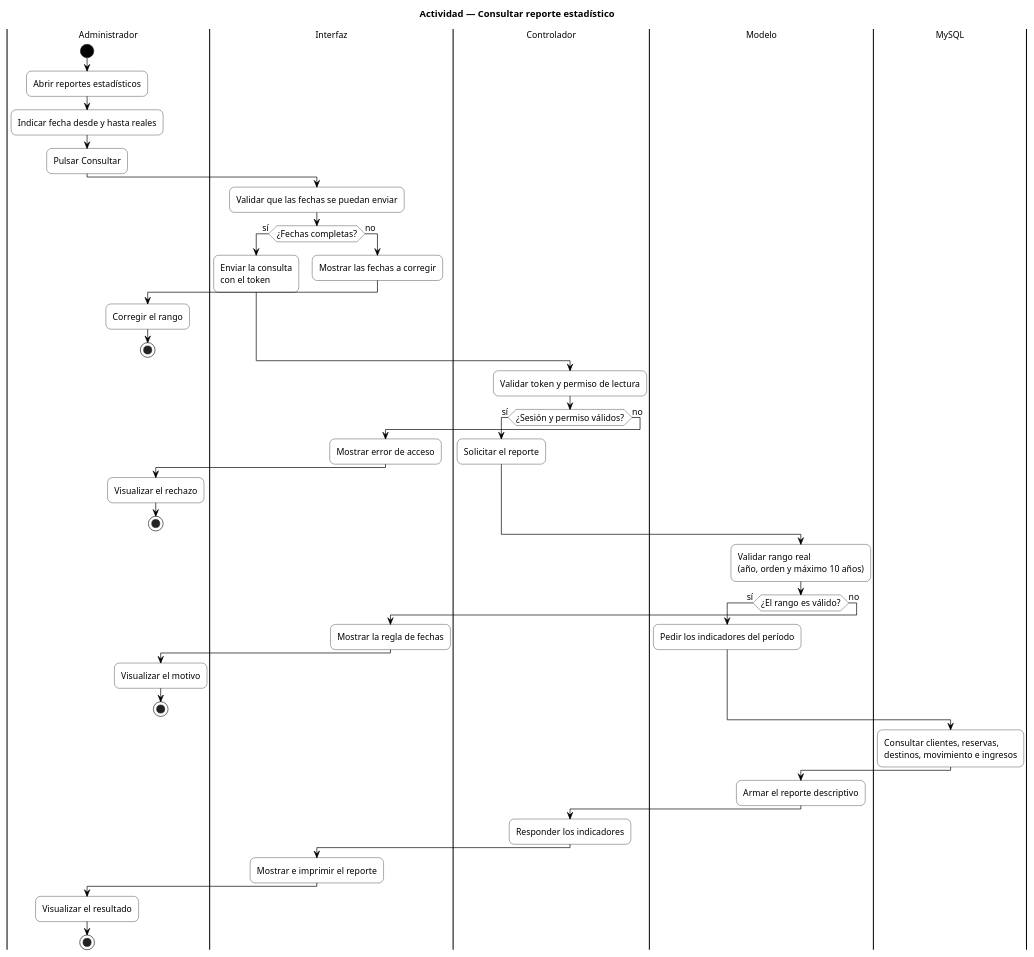
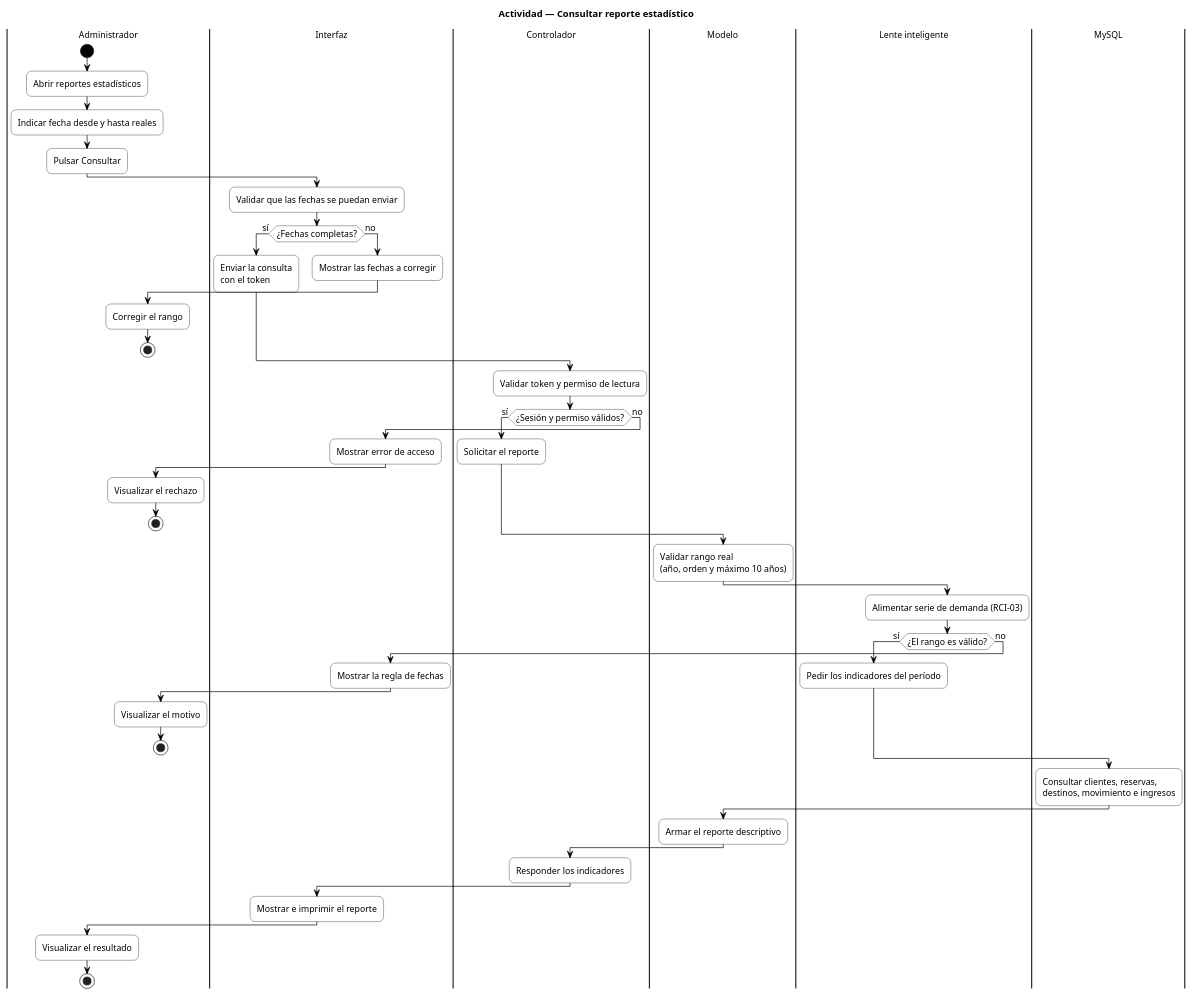
Before and after one commit to gioser1107/SIGEL: the diagram in docs/ENTREGA_DOCUMENTAL/diagramas/puml/carriles/REPORTE_ESTADISTICO.puml, drawn with PlantUML. The commit also changed 209 other files, not shown here.

```diff
--- a/docs/ENTREGA_DOCUMENTAL/diagramas/puml/carriles/REPORTE_ESTADISTICO.puml
+++ b/docs/ENTREGA_DOCUMENTAL/diagramas/puml/carriles/REPORTE_ESTADISTICO.puml
@@ -1,82 +1,85 @@
 @startuml
 title Actividad — Consultar reporte estadístico
 
 skinparam backgroundColor #FFFFFF
 skinparam shadowing false
 skinparam defaultFontName Helvetica
 skinparam defaultFontSize 13
 skinparam roundcorner 15
 skinparam activity {
   BackgroundColor white
   BorderColor black
   DiamondBackgroundColor white
   DiamondBorderColor black
   StartColor black
   EndColor black
   ArrowColor black
   FontColor black
 }
 skinparam partition {
   BorderColor black
   FontColor black
   BackgroundColor white
   FontStyle bold
 }
 
 |Administrador|
 start
 :Abrir reportes estadísticos;
 :Indicar fecha desde y hasta reales;
 :Pulsar Consultar;
 
 |Interfaz|
 :Validar que las fechas se puedan enviar;
 if (¿Fechas completas?) then (sí)
   :Enviar la consulta\ncon el token;
 else (no)
   :Mostrar las fechas a corregir;
   |Administrador|
   :Corregir el rango;
   stop
 endif
 
 |Controlador|
 :Validar token y permiso de lectura;
 if (¿Sesión y permiso válidos?) then (sí)
   :Solicitar el reporte;
 else (no)
   |Interfaz|
   :Mostrar error de acceso;
   |Administrador|
   :Visualizar el rechazo;
   stop
 endif
 
 |Modelo|
 :Validar rango real\n(año, orden y máximo 10 años);
+
+|Lente inteligente|
+:Alimentar serie de demanda (RCI-03);
 if (¿El rango es válido?) then (sí)
   :Pedir los indicadores del período;
 else (no)
   |Interfaz|
   :Mostrar la regla de fechas;
   |Administrador|
   :Visualizar el motivo;
   stop
 endif
 
 |MySQL|
 :Consultar clientes, reservas,\ndestinos, movimiento e ingresos;
 
 |Modelo|
 :Armar el reporte descriptivo;
 
 |Controlador|
 :Responder los indicadores;
 
 |Interfaz|
 :Mostrar e imprimir el reporte;
 
 |Administrador|
 :Visualizar el resultado;
 stop
 @enduml
```
